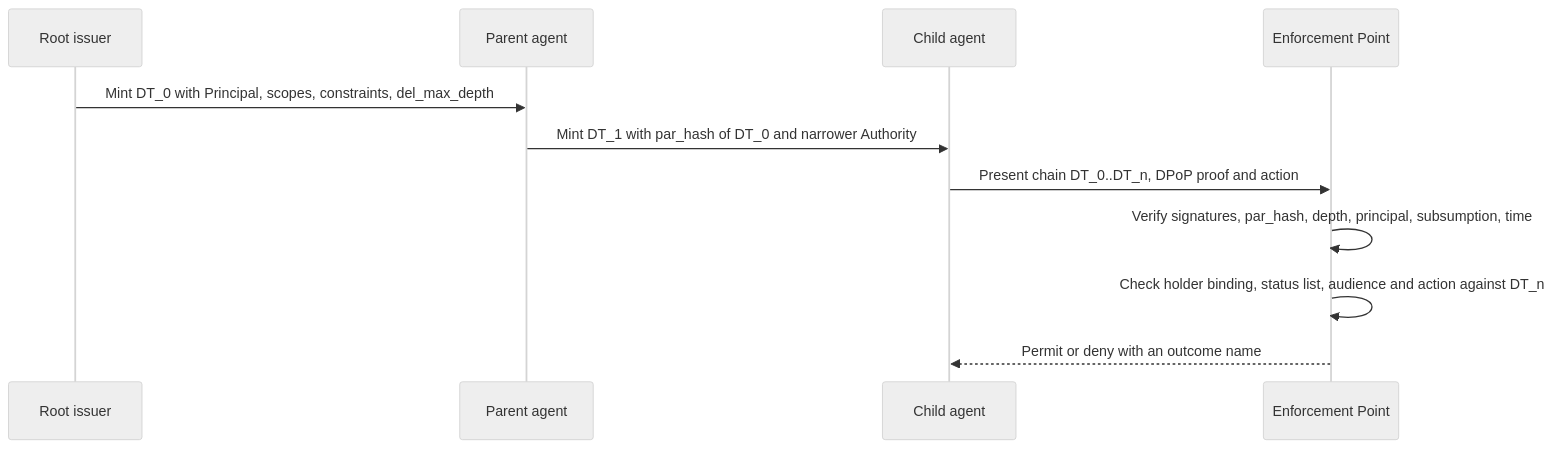
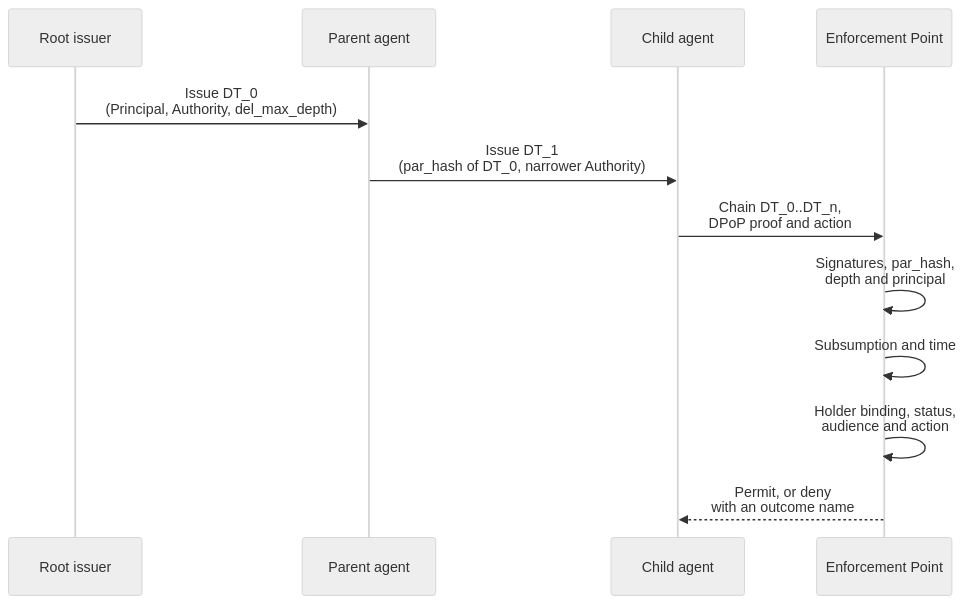
Before and after one commit to 0-draft/identity-deep-dive: the diagram in tracks/ietf-wimse/deep-dives/draft-asor-wimse-agent-delegation-chain/README.md, drawn with Mermaid (neutral theme). The commit also changed 1 other file, not shown here.

Commit message:
docs(ietf-wimse): translate and narrow the asor delegation-chain diagram
The Japanese page showed English labels, and the self-message labels
made the diagram 1878px wide. Break long labels and translate the
Japanese participants and messages.

````diff
--- a/tracks/ietf-wimse/deep-dives/draft-asor-wimse-agent-delegation-chain/README.md
+++ b/tracks/ietf-wimse/deep-dives/draft-asor-wimse-agent-delegation-chain/README.md
@@ -11,13 +11,14 @@
 ```mermaid
 sequenceDiagram
     participant R as Root issuer
     participant P as Parent agent
     participant C as Child agent
     participant E as Enforcement Point
-    R->>P: Mint DT_0 with Principal, scopes, constraints, del_max_depth
-    P->>C: Mint DT_1 with par_hash of DT_0 and narrower Authority
-    C->>E: Present chain DT_0..DT_n, DPoP proof and action
-    E->>E: Verify signatures, par_hash, depth, principal, subsumption, time
-    E->>E: Check holder binding, status list, audience and action against DT_n
-    E-->>C: Permit or deny with an outcome name
+    R->>P: Issue DT_0<br/>(Principal, Authority, del_max_depth)
+    P->>C: Issue DT_1<br/>(par_hash of DT_0, narrower Authority)
+    C->>E: Chain DT_0..DT_n,<br/>DPoP proof and action
+    E->>E: Signatures, par_hash,<br/>depth and principal
+    E->>E: Subsumption and time
+    E->>E: Holder binding, status,<br/>audience and action
+    E-->>C: Permit, or deny<br/>with an outcome name
 ```
````
